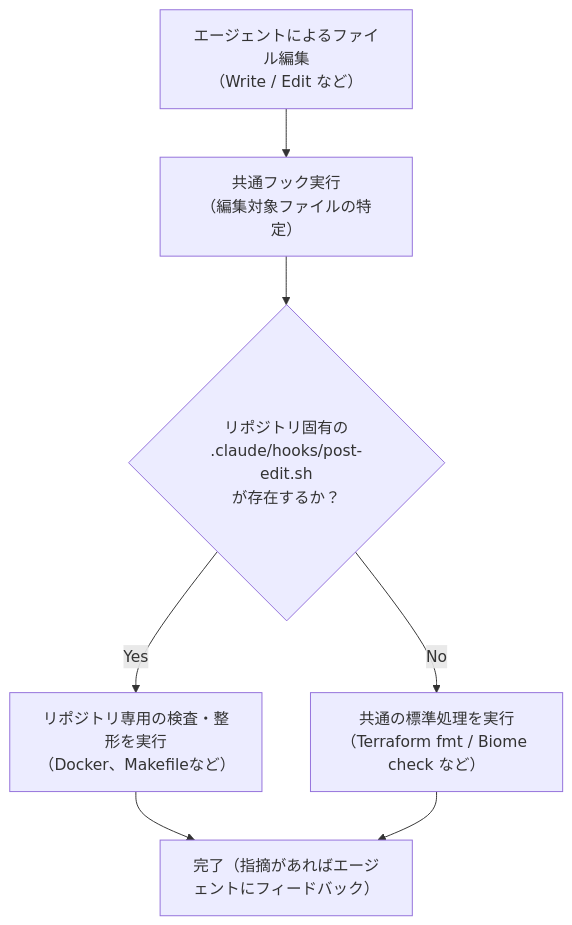
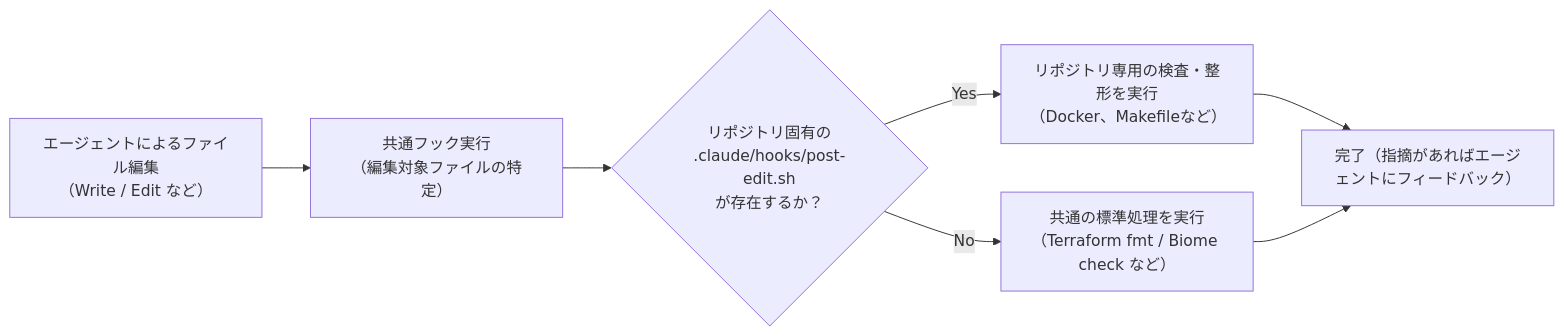
Before and after one commit to shin4488/agent-plugins: the diagram in README.md, drawn with Mermaid.

Commit message:
docs: READMEのMermaidフック図をTDからLRに変更

````diff
--- a/README.md
+++ b/README.md
@@ -47,9 +47,9 @@
 ```mermaid
-flowchart TD
+flowchart LR
     Edit["エージェントによるファイル編集<br>（Write / Edit など）"] --> Hook["共通フック実行<br>（編集対象ファイルの特定）"]
     Hook --> Check{"リポジトリ固有の<br>.claude/hooks/post-edit.sh<br>が存在するか？"}
     Check -->|Yes| Custom["リポジトリ専用の検査・整形を実行<br>（Docker、Makefileなど）"]
     Check -->|No| Default["共通の標準処理を実行<br>（Terraform fmt / Biome check など）"]
     Custom --> Finish["完了（指摘があればエージェントにフィードバック）"]
     Default --> Finish
 ```
````
